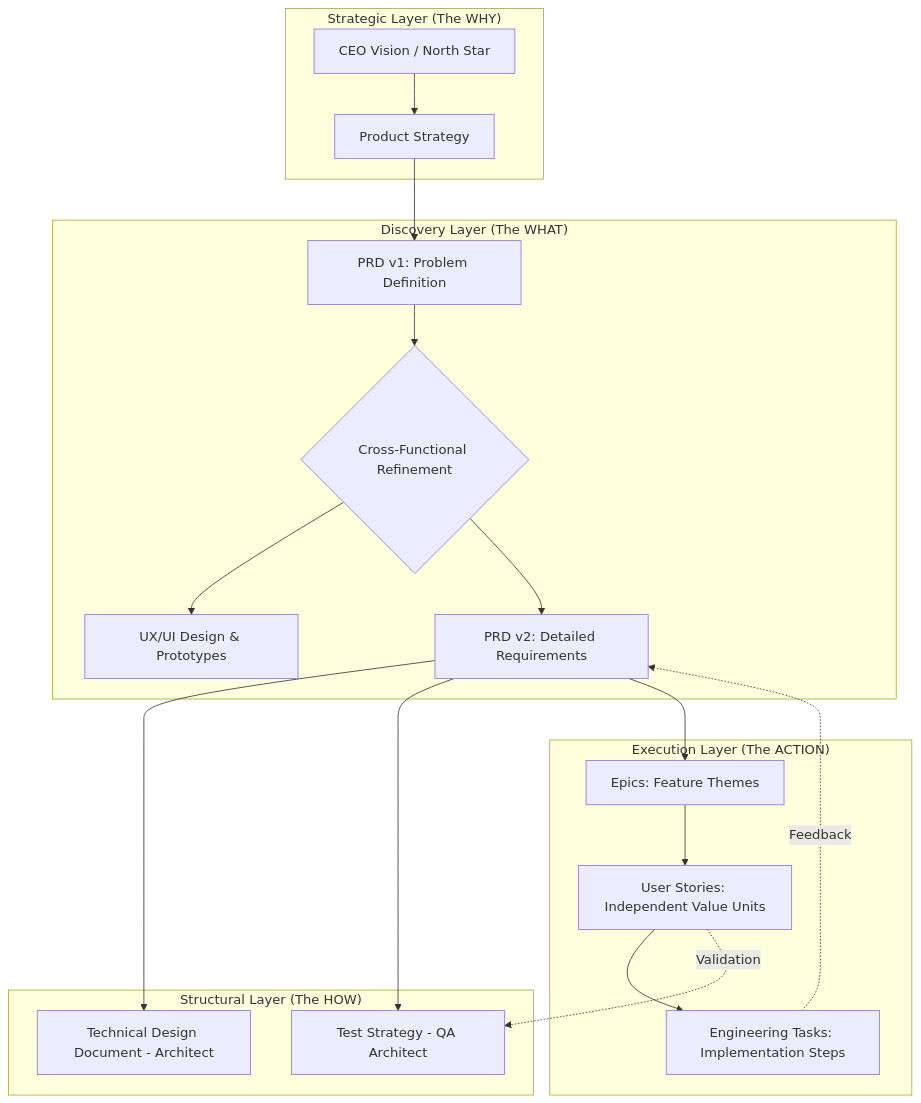
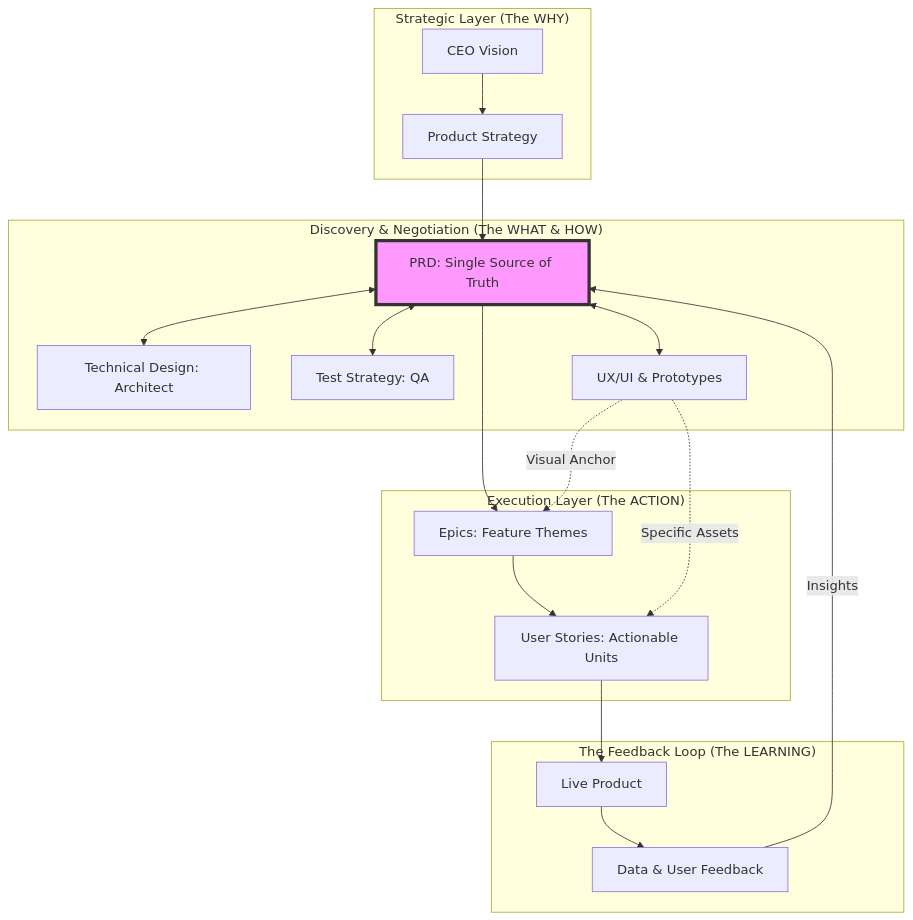
Before and after one commit to vamshigunji/ANT-Coding: the diagram in product-lifecycle/Product_Information_Flow.md, drawn with Mermaid. The commit also changed other lines of this file, not shown here.

Commit message:
Upgrade to Flywheel model of information flow

````diff
--- a/product-lifecycle/Product_Information_Flow.md
+++ b/product-lifecycle/Product_Information_Flow.md
@@ -9,29 +9,30 @@
 ```mermaid
 graph TD
     %% Levels of Abstraction
     subgraph "Strategic Layer (The WHY)"
-        Vision[CEO Vision / North Star] --> Strategy[Product Strategy]
+        Vision[CEO Vision] --> Strategy[Product Strategy]
     end
 
-    subgraph "Discovery Layer (The WHAT)"
-        Strategy --> PRD_V1[PRD v1: Problem Definition]
-        PRD_V1 --> Collab{Cross-Functional Refinement}
-        Collab --> Design[UX/UI Design & Prototypes]
-        Collab --> PRD_V2[PRD v2: Detailed Requirements]
-    end
-
-    subgraph "Structural Layer (The HOW)"
-        PRD_V2 --> TDD[Technical Design Document - Architect]
-        PRD_V2 --> TestPlan[Test Strategy - QA Architect]
+    subgraph "Discovery & Negotiation (The WHAT & HOW)"
+        Strategy --> PRD[PRD: Single Source of Truth]
+        PRD <--> TDD[Technical Design: Architect]
+        PRD <--> TestPlan[Test Strategy: QA]
+        PRD <--> Design[UX/UI & Prototypes]
     end
 
     subgraph "Execution Layer (The ACTION)"
-        PRD_V2 --> Epics[Epics: Feature Themes]
-        Epics --> Stories[User Stories: Independent Value Units]
-        Stories --> Tasks[Engineering Tasks: Implementation Steps]
+        PRD --> Epics[Epics: Feature Themes]
+        Design -.->|Visual Anchor| Epics
+        Epics --> Stories[User Stories: Actionable Units]
+        Design -.->|Specific Assets| Stories
     end
 
-    %% Feedback Loops
-    Tasks -.->|Feedback| PRD_V2
-    Stories -.->|Validation| TestPlan
+    subgraph "The Feedback Loop (The LEARNING)"
+        Stories --> Code[Live Product]
+        Code --> Telemetry[Data & User Feedback]
+        Telemetry -->|Insights| PRD
+    end
+
+    %% Legend
+    style PRD fill:#f9f,stroke:#333,stroke-width:4px
 ```
````
